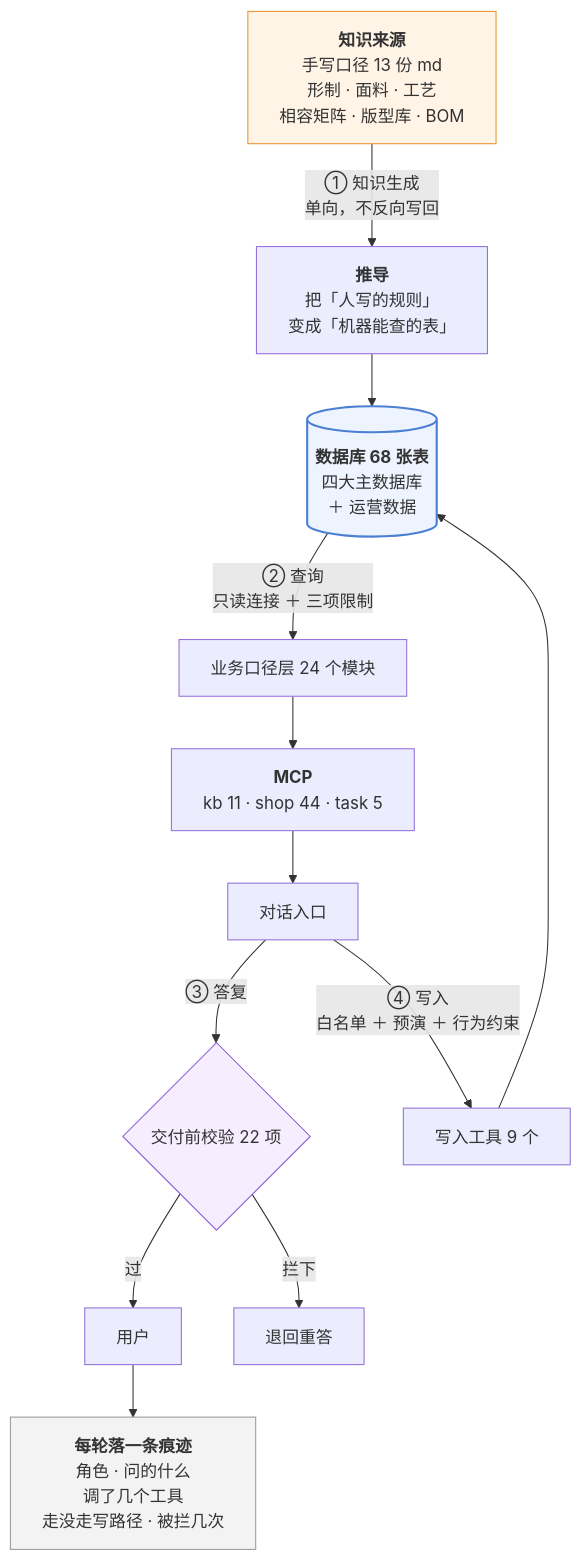
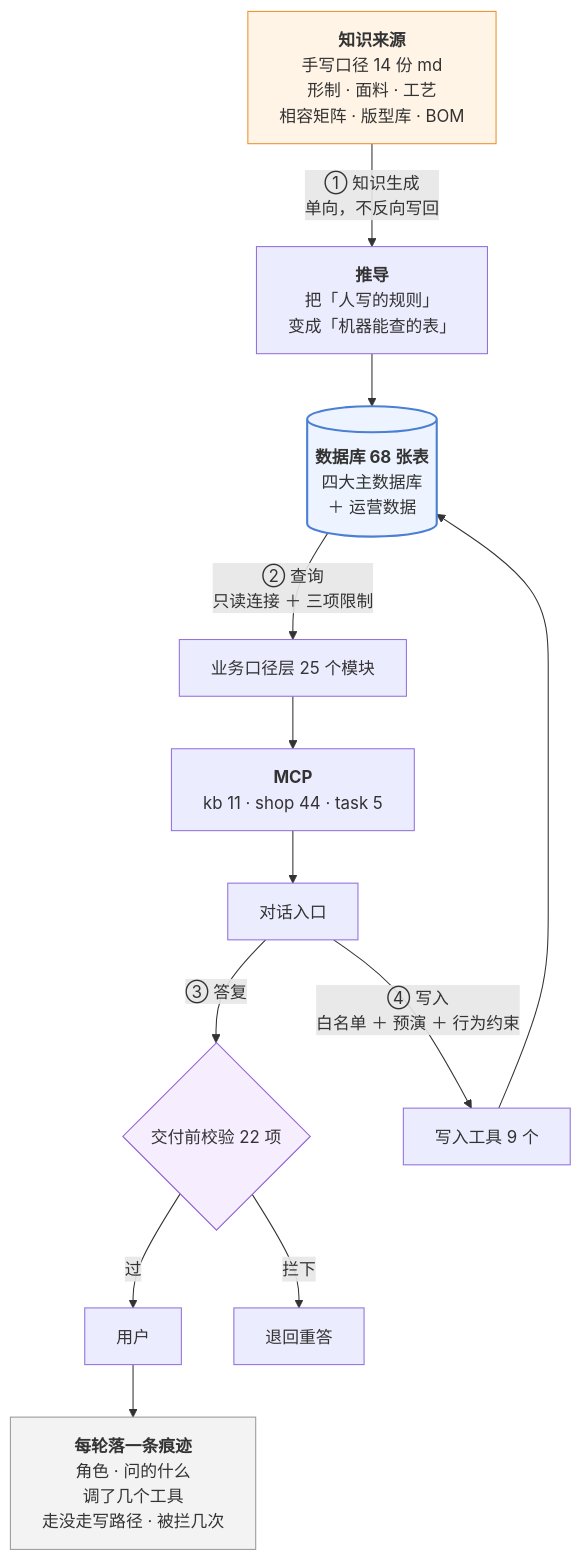
The third of 4 diagrams in 澜绣云裳agent-产品需求文档.md (843773296-rgb/lanxiu-yunshang-agent), drawn with Mermaid before and after one commit. The commit also changed other lines of this file and 6 other files, not shown here.

````diff
--- a/澜绣云裳agent-产品需求文档.md
+++ b/澜绣云裳agent-产品需求文档.md
@@ -375,24 +375,24 @@
 ```mermaid
 flowchart TD
-    MD["<b>知识来源</b><br/>手写口径 13 份 md<br/>形制 · 面料 · 工艺<br/>相容矩阵 · 版型库 · BOM"]
+    MD["<b>知识来源</b><br/>手写口径 14 份 md<br/>形制 · 面料 · 工艺<br/>相容矩阵 · 版型库 · BOM"]
     MD -->|"① 知识生成<br/>单向，不反向写回"| DV["<b>推导</b><br/>把「人写的规则」<br/>变成「机器能查的表」"]
     DV --> DB[("<b>数据库 68 张表</b><br/>四大主数据库<br/>＋ 运营数据")]
 
-    DB -->|"② 查询<br/>只读连接 ＋ 三项限制"| KJ["业务口径层 24 个模块"]
+    DB -->|"② 查询<br/>只读连接 ＋ 三项限制"| KJ["业务口径层 25 个模块"]
     KJ --> MCP["<b>MCP</b><br/>kb 11 · shop 44 · task 5"]
     MCP --> LLM["对话入口"]
 
     LLM -->|"③ 答复"| GD{"交付前校验 22 项"}
     GD -- 过 --> U["用户"]
     GD -- 拦下 --> RE["退回重答"]
 
     LLM -->|"④ 写入<br/>白名单 ＋ 预演 ＋ 行为约束"| W["写入工具 9 个"]
     W --> DB
 
     U --> TR["<b>每轮落一条痕迹</b><br/>角色 · 问的什么<br/>调了几个工具<br/>走没走写路径 · 被拦几次"]
 
     style MD fill:#fff4e6,stroke:#e8912d
     style DB fill:#eef4ff,stroke:#4a7fd4,stroke-width:2px
     style GD fill:#f6eeff,stroke:#8b5cd6
     style TR fill:#f3f3f3,stroke:#999
 ```
````
